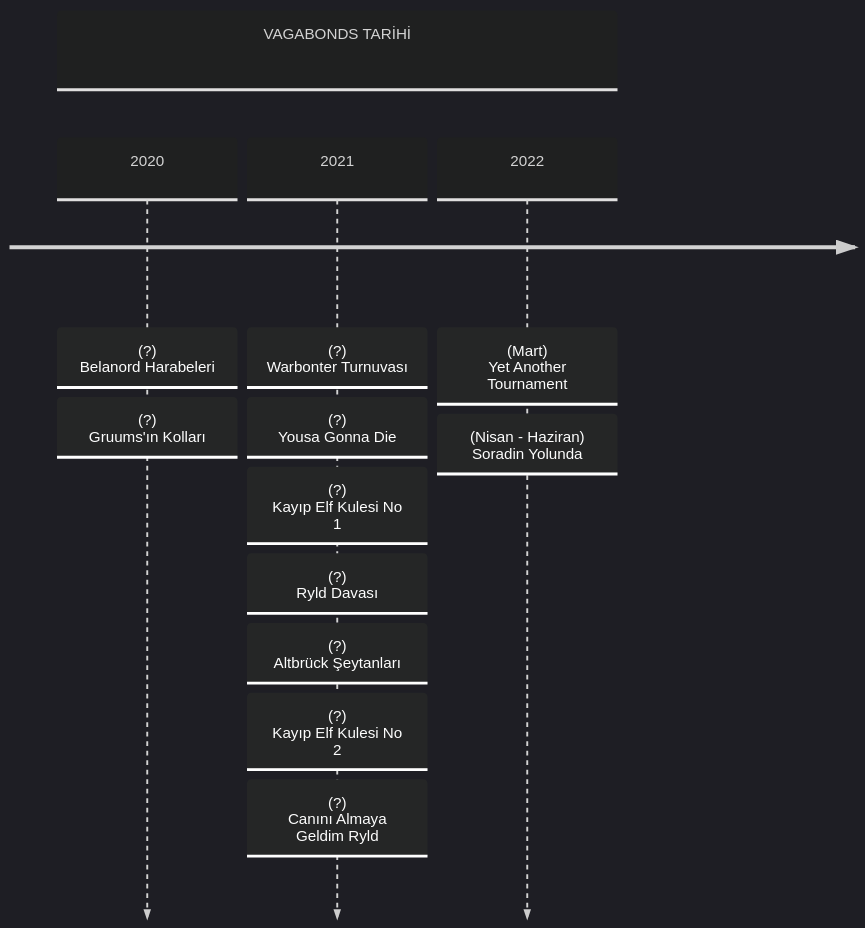
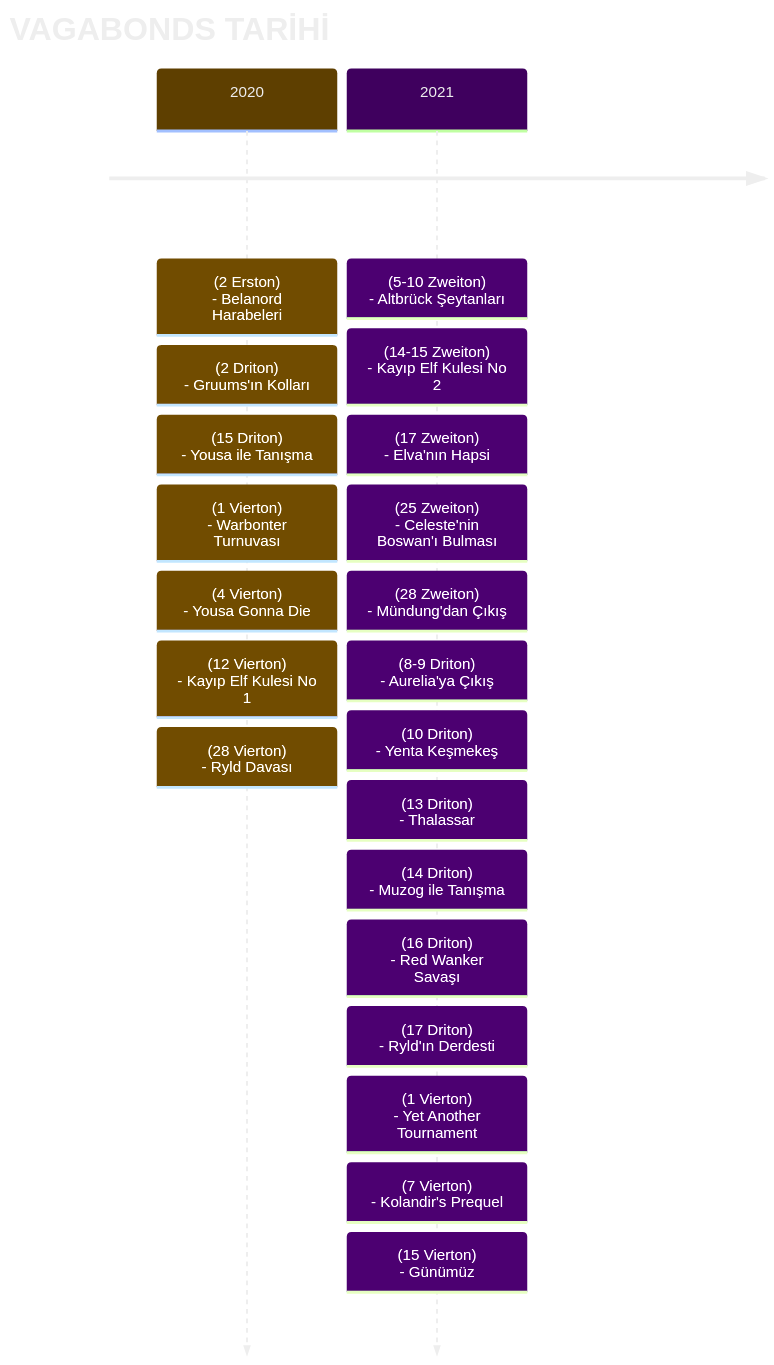
One commit to Karabibik/gnomeunintikami changed the diagram in docs/Özel İçerik/History of Vagabonds.md. Above: the diagram before and after it, drawn with Mermaid. The commit also changed 8 other files, not shown here.

````diff
--- a/docs/Özel İçerik/History of Vagabonds.md
+++ b/docs/Özel İçerik/History of Vagabonds.md
@@ -1,19 +1,28 @@
 ``` mermaid  
-%%{ init: { 'theme': 'dark' } }%%  
+%%{ init: { 'theme': 'base', 'themeVariables': {'darkMode':'true'}} }%%  
 timeline  
-	section VAGABONDS TARİHİ  
+	title VAGABONDS TARİHİ  
 		2020  
-			: (?)<br>Belanord Harabeleri  
-			: (?)<br>Gruums'ın Kolları  
+			: (2 Erston)<br>- Belanord Harabeleri  
+			: (2 Driton)<br>- Gruums'ın Kolları  
+			: (15 Driton)<br>- Yousa ile Tanışma  
+			: (1 Vierton)<br>- Warbonter Turnuvası  
+			: (4 Vierton)<br>- Yousa Gonna Die  
+			: (12 Vierton)<br>- Kayıp Elf Kulesi No 1  
+			: (28 Vierton)<br>- Ryld Davası  
 		2021  
-			: (?)<br>Warbonter Turnuvası  
-			: (?)<br>Yousa Gonna Die  
-			: (?)<br>Kayıp Elf Kulesi No 1  
-			: (?)<br>Ryld Davası  
-			: (?)<br>Altbrück Şeytanları  
-			: (?)<br>Kayıp Elf Kulesi No 2  
-			: (?)<br>Canını Almaya Geldim Ryld  
-		2022  
-			: (Mart)<br>Yet Another Tournament  
-			: (Nisan - Haziran)<br>Soradin Yolunda  
+			: (5-10 Zweiton)<br>- Altbrück Şeytanları  
+			: (14-15 Zweiton)<br>- Kayıp Elf Kulesi No 2  
+			: (17 Zweiton)<br>- Elva'nın Hapsi  
+			: (25 Zweiton)<br>- Celeste'nin Boswan'ı Bulması  
+			: (28 Zweiton)<br>- Mündung'dan Çıkış  
+			: (8-9 Driton)<br>- Aurelia'ya Çıkış  
+			: (10 Driton)<br>- Yenta Keşmekeş  
+			: (13 Driton)<br>- Thalassar  
+			: (14 Driton)<br>- Muzog ile Tanışma  
+			: (16 Driton)<br>- Red Wanker Savaşı  
+			: (17 Driton)<br>- Ryld'ın Derdesti  
+			: (1 Vierton)<br>- Yet Another Tournament  
+			: (7 Vierton)<br>- Kolandir's Prequel  
+			: (15 Vierton)<br>- Günümüz  
 ```
````
